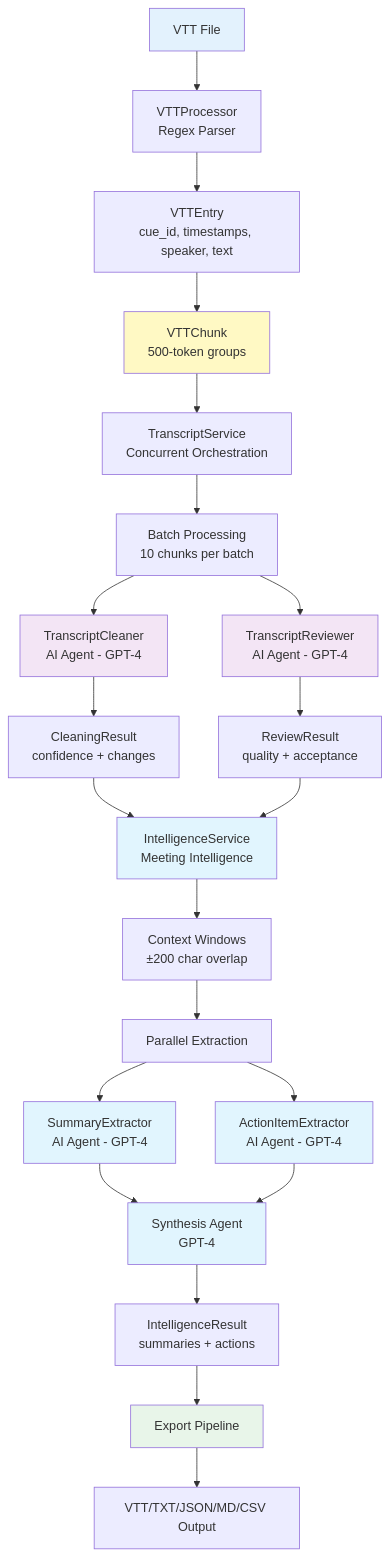
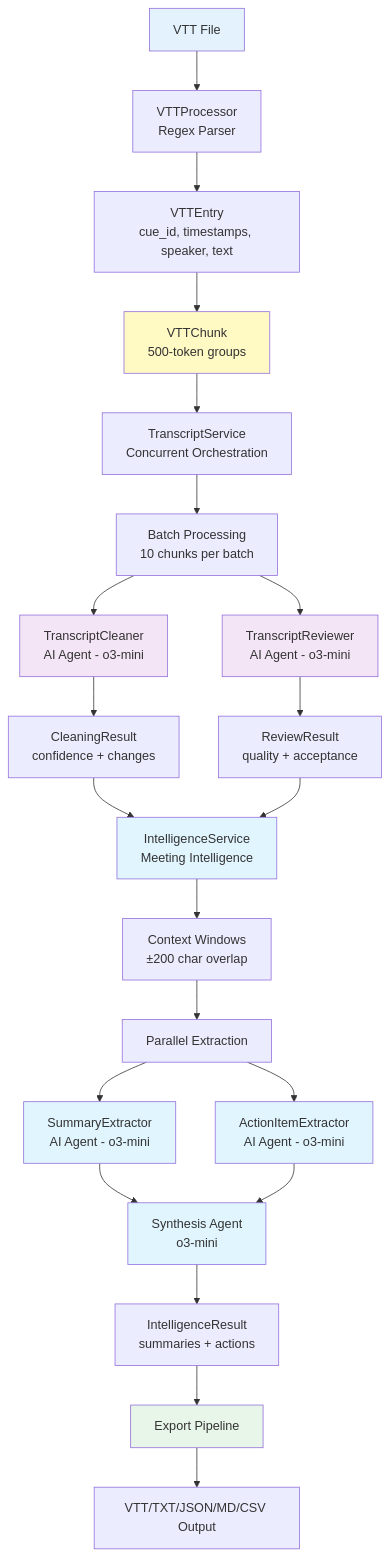
Before and after one commit to denim-bluu/meeting_transcripts_cleaner: the first of 3 diagrams in README.md, drawn with Mermaid. The commit also changed other lines of this file and 6 other files, not shown here.

````diff
--- a/README.md
+++ b/README.md
@@ -23,40 +23,40 @@
 ```mermaid
 graph TB
     A[VTT File] --> B[VTTProcessor<br/>Regex Parser]
     B --> C[VTTEntry<br/>cue_id, timestamps, speaker, text]
     C --> D[VTTChunk<br/>500-token groups]
-    
+
     D --> E[TranscriptService<br/>Concurrent Orchestration]
     E --> F[Batch Processing<br/>10 chunks per batch]
-    
-    F --> G[TranscriptCleaner<br/>AI Agent - GPT-4]
-    F --> H[TranscriptReviewer<br/>AI Agent - GPT-4]
-    
+
+    F --> G[TranscriptCleaner<br/>AI Agent - o3-mini]
+    F --> H[TranscriptReviewer<br/>AI Agent - o3-mini]
+
     G --> I[CleaningResult<br/>confidence + changes]
     H --> J[ReviewResult<br/>quality + acceptance]
-    
+
     I --> M[IntelligenceService<br/>Meeting Intelligence]
     J --> M
-    
+
     M --> N[Context Windows<br/>±200 char overlap]
     N --> O[Parallel Extraction]
-    O --> P[SummaryExtractor<br/>AI Agent - GPT-4]
-    O --> Q[ActionItemExtractor<br/>AI Agent - GPT-4]
-    
-    P --> R[Synthesis Agent<br/>GPT-4]
+    O --> P[SummaryExtractor<br/>AI Agent - o3-mini]
+    O --> Q[ActionItemExtractor<br/>AI Agent - o3-mini]
+
+    P --> R[Synthesis Agent<br/>o3-mini]
     Q --> R
-    
+
     R --> S[IntelligenceResult<br/>summaries + actions]
     S --> T[Export Pipeline]
     T --> U[VTT/TXT/JSON/MD/CSV Output]
 
     style A fill:#e3f2fd
     style D fill:#fff9c4
     style G fill:#f3e5f5
     style H fill:#f3e5f5
     style M fill:#e1f5fe
     style P fill:#e1f5fe
     style Q fill:#e1f5fe
     style R fill:#e1f5fe
     style T fill:#e8f5e9
 ```
````
